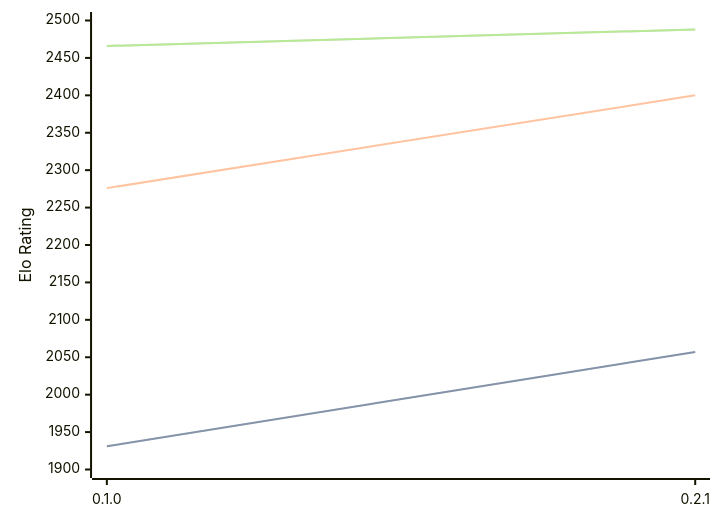
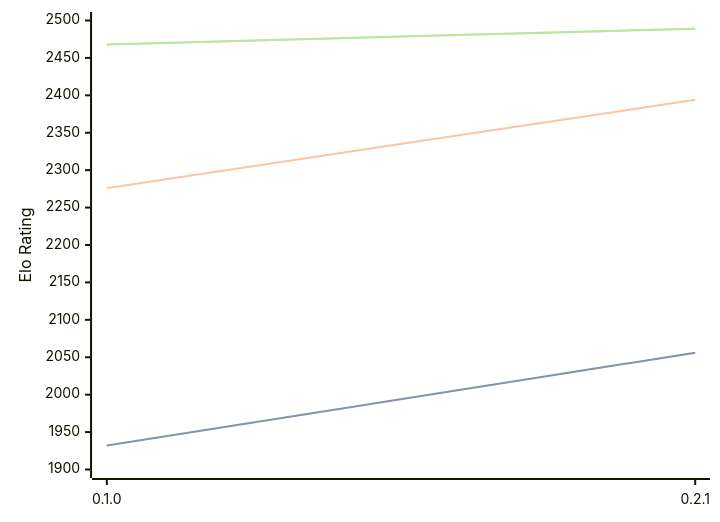
Before and after one commit to computer-chess-index/cci: the diagram in engines/Sykora.md, drawn with Mermaid. The commit also changed other lines of this file, not shown here.

Commit message:
Update CCI Ratings (ELO VLTC) - 2026-05-17

````diff
--- a/engines/Sykora.md
+++ b/engines/Sykora.md
@@ -33,11 +33,11 @@
 ```mermaid
 %%{init: {"theme":"base","themeVariables":{"seriesColors:['#a3a3a3','#222221','#faa371']}}}%%
 xychart-beta
   x-axis ["0.1.0", "0.2.1"]
   y-axis "Elo Rating" 1900 --> 2500
-  line "STC (8.0+0.08s)" [1931, 2057]
-  line "STC (8.0+0.08s)" [1931, 2057]
-  line "LTC (60.0+0.60s)" [2276, 2400]
-  line "VLTC (2m24s+1.12s)" [2466, 2488]
-  line "VLTC (2m24s+1.12s)" [2466, 2488]
+  line "STC (8.0+0.08s)" [1932, 2056]
+  line "STC (8.0+0.08s)" [1932, 2056]
+  line "LTC (60.0+0.60s)" [2276, 2394]
+  line "VLTC (2m24s+1.12s)" [2468, 2489]
+  line "VLTC (2m24s+1.12s)" [2468, 2489]
 ```
````
